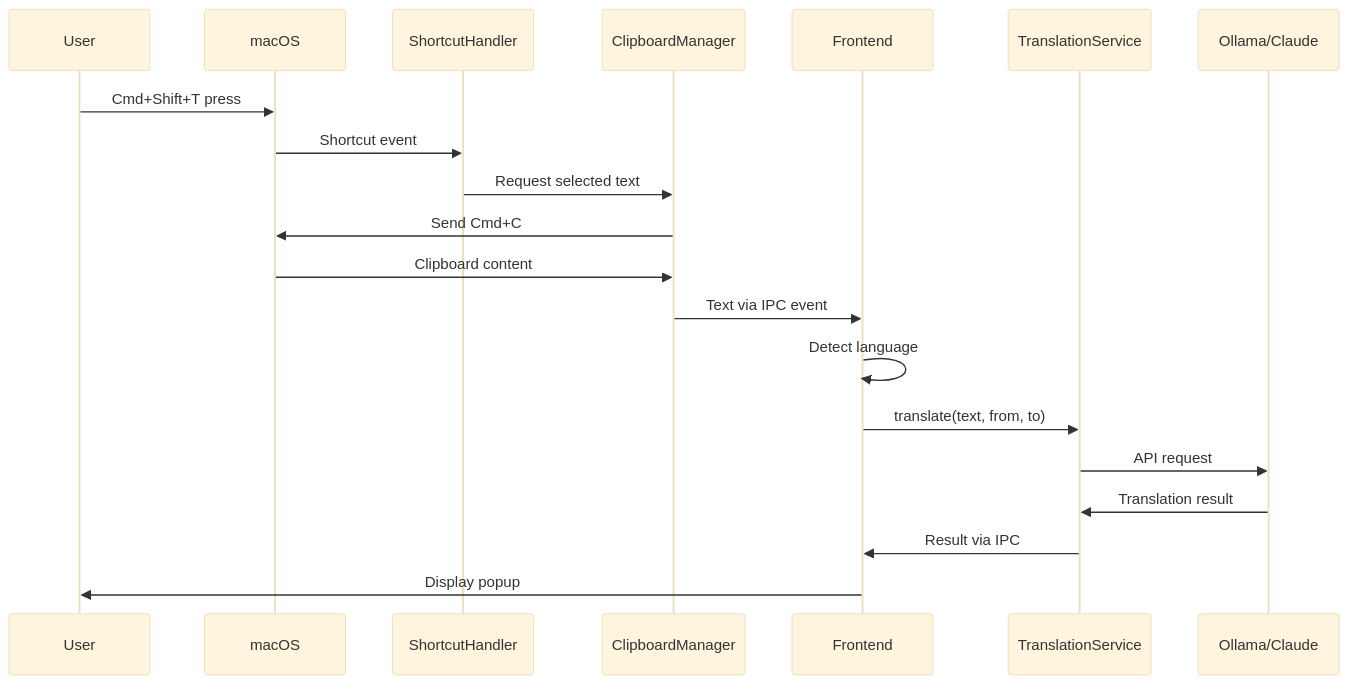
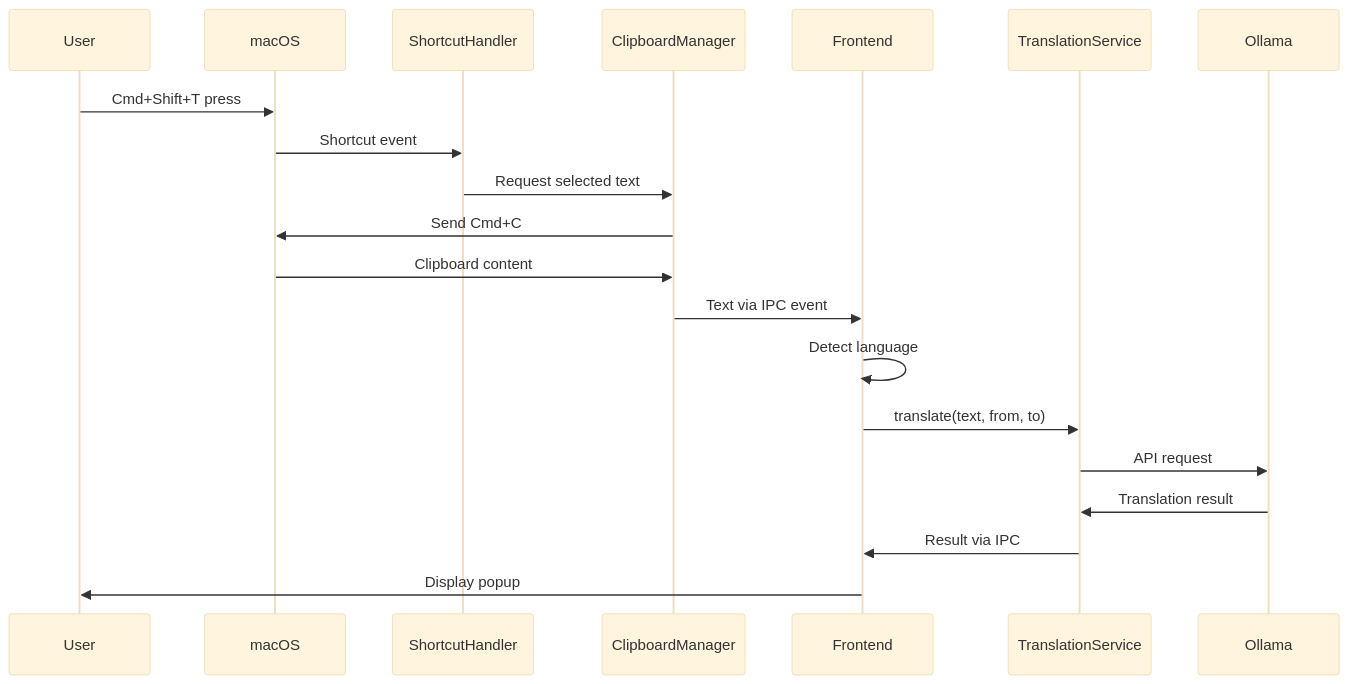
Before and after one commit to sk8metalme/honnyaku: the second of 3 diagrams in .kiro/specs/ai-translation-desktop/design.md, drawn with Mermaid (base theme). The commit also changed other lines of this file and 4 other files, not shown here.

````diff
--- a/.kiro/specs/ai-translation-desktop/design.md
+++ b/.kiro/specs/ai-translation-desktop/design.md
@@ -96,23 +91,23 @@
 ```mermaid
 sequenceDiagram
     participant User
     participant macOS
     participant ShortcutHandler
     participant ClipboardManager
     participant Frontend
     participant TranslationService
-    participant LLM as Ollama/Claude
+    participant LLM as Ollama
 
     User->>macOS: Cmd+Shift+T press
     macOS->>ShortcutHandler: Shortcut event
     ShortcutHandler->>ClipboardManager: Request selected text
     ClipboardManager->>macOS: Send Cmd+C
     macOS->>ClipboardManager: Clipboard content
     ClipboardManager->>Frontend: Text via IPC event
     Frontend->>Frontend: Detect language
     Frontend->>TranslationService: translate(text, from, to)
     TranslationService->>LLM: API request
     LLM->>TranslationService: Translation result
     TranslationService->>Frontend: Result via IPC
     Frontend->>User: Display popup
 ```
````
